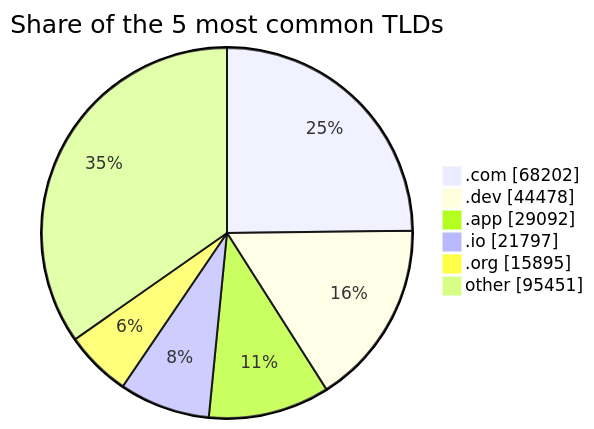
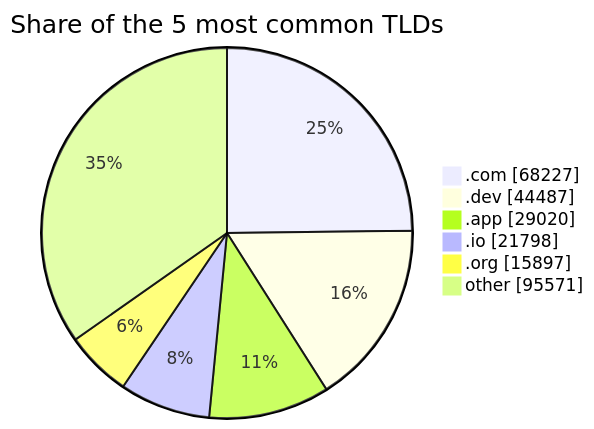
One commit to DNSBunker/CTI changed the third of 3 diagrams in README.md. Above: the diagram before and after it, drawn with Mermaid. The commit also changed other lines of this file and 3 other files, not shown here.

````diff
--- a/README.md
+++ b/README.md
@@ -81,9 +81,9 @@
 ```mermaid
 pie showData title Share of the 5 most common TLDs
-    ".com" : 68202
-    ".dev" : 44478
-    ".app" : 29092
-    ".io" : 21797
-    ".org" : 15895
-    "other" : 95451
+    ".com" : 68227
+    ".dev" : 44487
+    ".app" : 29020
+    ".io" : 21798
+    ".org" : 15897
+    "other" : 95571
 ```
````
